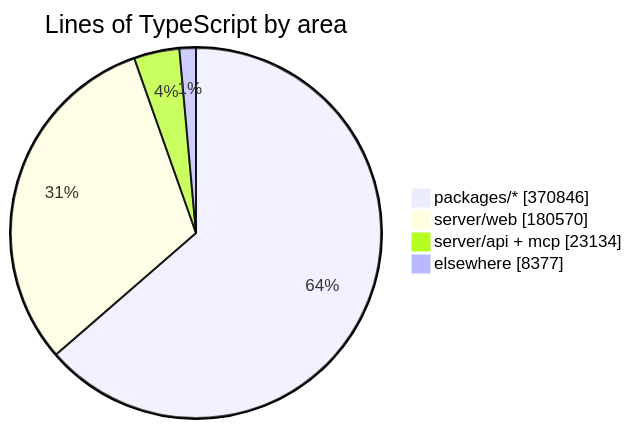
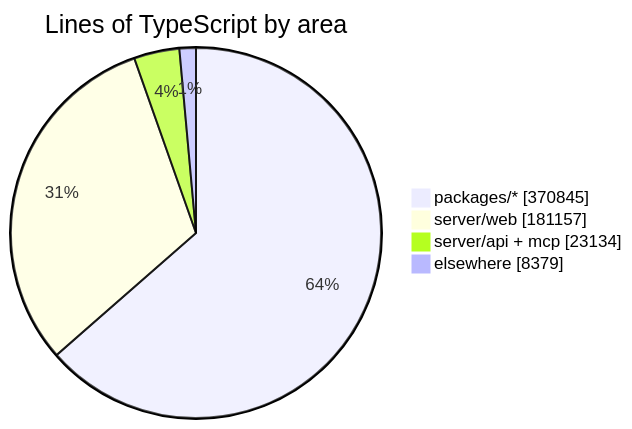
One commit to crossworks-engineering/mantle changed the diagram in README.md. Above: the diagram before and after it, drawn with Mermaid. The commit also changed other lines of this file and 2 other files, not shown here.

````diff
--- a/README.md
+++ b/README.md
@@ -294,7 +294,7 @@
 ```mermaid
 pie showData title Lines of TypeScript by area
-    "packages/*" : 370846
-    "server/web" : 180570
+    "packages/*" : 370845
+    "server/web" : 181157
     "server/api + mcp" : 23134
-    "elsewhere" : 8377
+    "elsewhere" : 8379
 ```
````
